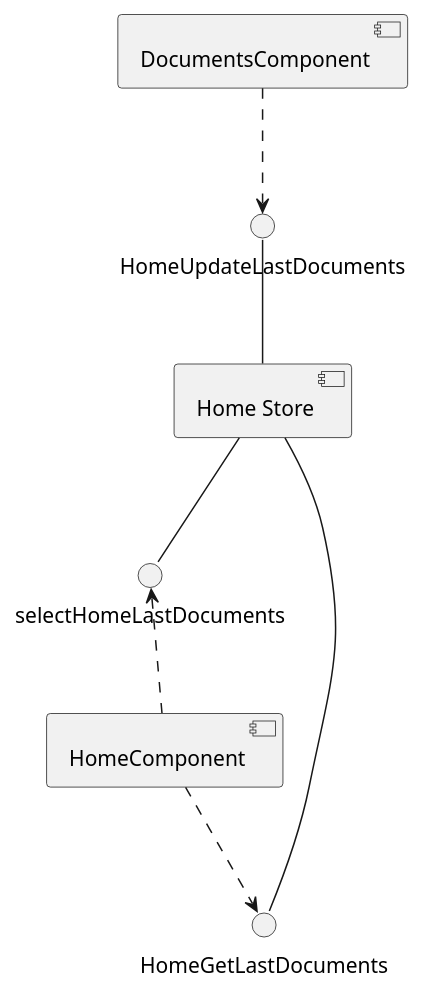
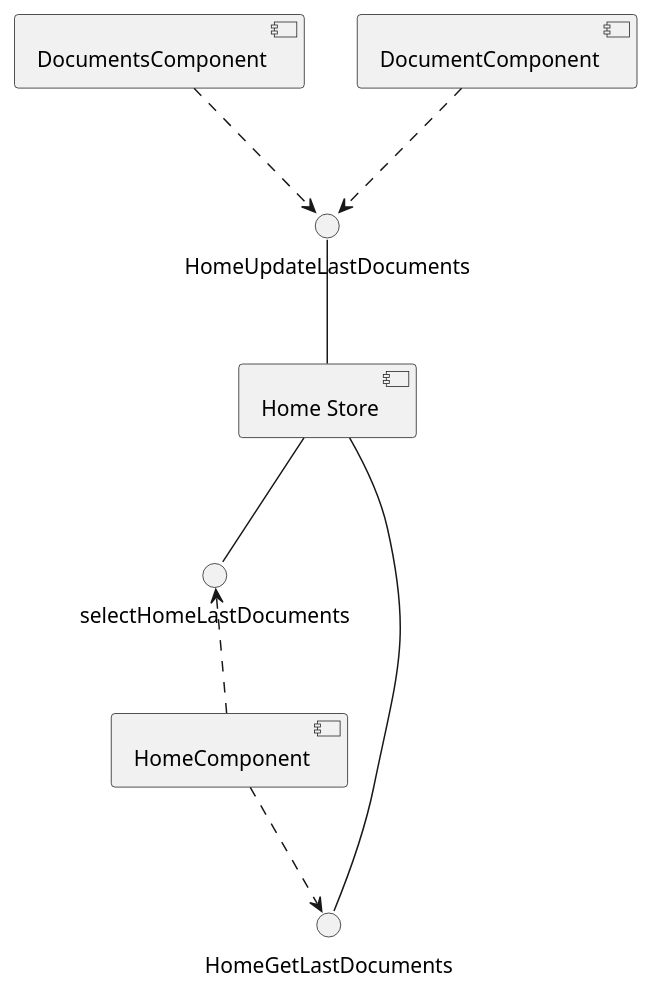
Before and after one commit to HISPAMUS/muret: the third of 17 diagrams in documentation/puml/angular.puml, drawn with PlantUML. The commit also changed other lines of this file and 34 other files, not shown here.

Commit message:
Document UML. Add "move all images to default section"

```diff
--- a/documentation/puml/angular.puml
+++ b/documentation/puml/angular.puml
@@ -86,11 +87,11 @@
 @startuml home_store_component
     [Home Store]
     HomeGetLastDocuments -- [Home Store]
     HomeUpdateLastDocuments -- [Home Store]
     [Home Store] -- selectHomeLastDocuments
 
     [HomeComponent] ..> HomeGetLastDocuments
     [DocumentsComponent] ..> HomeUpdateLastDocuments
-
+    [DocumentComponent] ..> HomeUpdateLastDocuments
     selectHomeLastDocuments <.. [HomeComponent]
 @enduml
```
